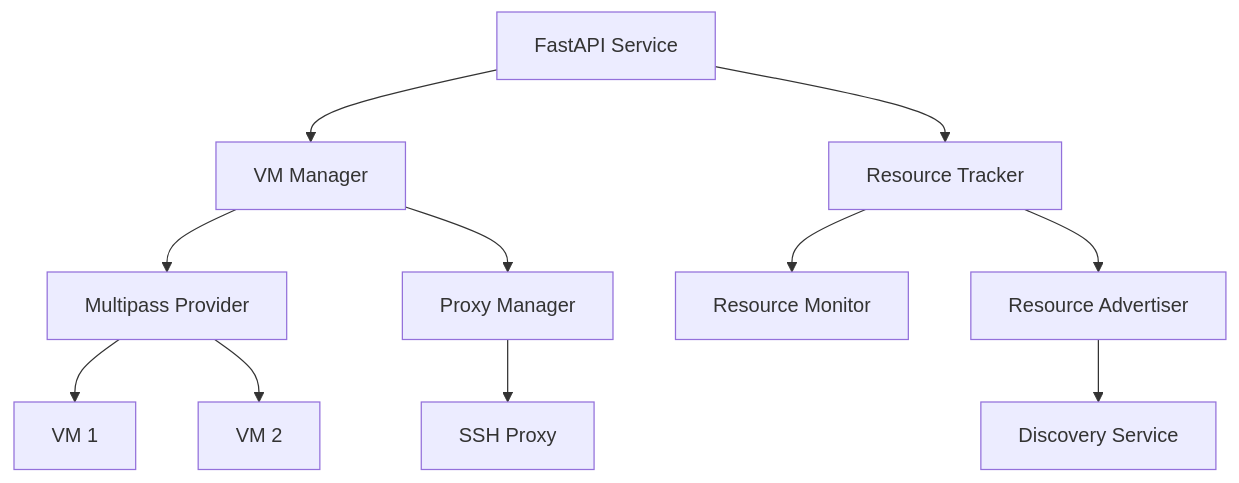
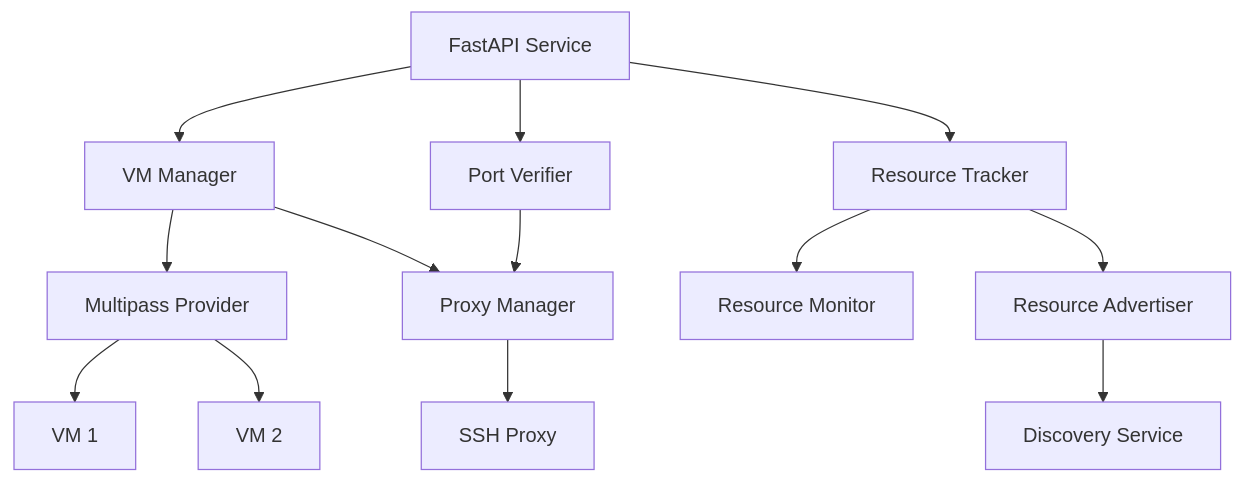
One commit to cryptobench/vm-on-golem changed the first of 6 diagrams in provider-server/README.md. Above: the diagram before and after it, drawn with Mermaid. The commit also changed other lines of this file and 3 other files, not shown here.

Commit message:
documentation port verifier.

````diff
--- a/provider-server/README.md
+++ b/provider-server/README.md
@@ -7,13 +7,15 @@
 ```mermaid
 graph TB
     API[FastAPI Service] --> VMM[VM Manager]
     API --> RT[Resource Tracker]
+    API --> PV[Port Verifier]
     VMM --> MP[Multipass Provider]
     VMM --> PM[Proxy Manager]
     RT --> RM[Resource Monitor]
     RT --> AD[Resource Advertiser]
     AD --> DS[Discovery Service]
     PM --> SSH[SSH Proxy]
+    PV --> PM
     MP --> VM1[VM 1]
     MP --> VM2[VM 2]
 ```
````
